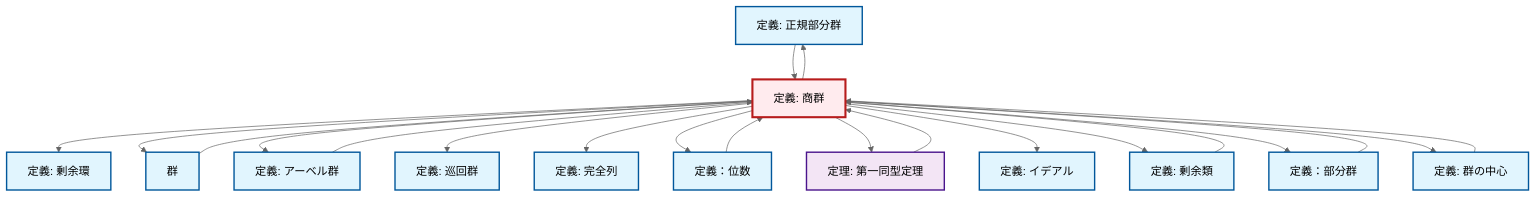
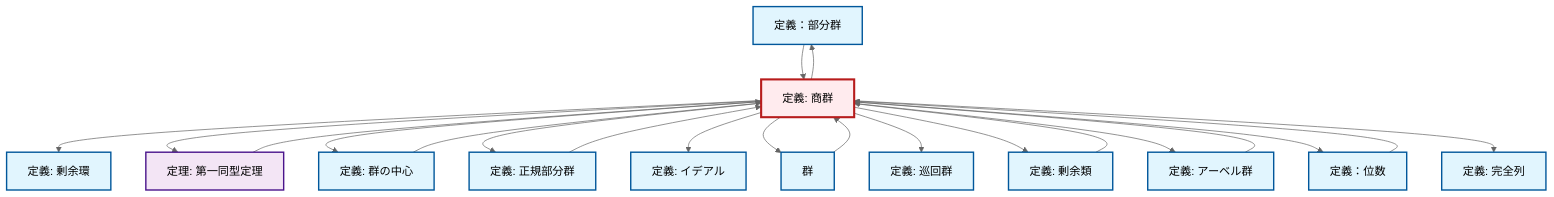
Before and after one commit to RK0429/ModernMath: the diagram in content/ja/algebra/def-quotient-group.qmd, drawn with Mermaid (neutral theme). The commit also changed other lines of this file and 1012 other files, not shown here.

````diff
--- a/content/ja/algebra/def-quotient-group.qmd
+++ b/content/ja/algebra/def-quotient-group.qmd
@@ -148,55 +148,55 @@
 ```{mermaid}
 %%| fig-cap: "Local dependency graph"
 graph TD
     classDef definition fill:#e1f5fe,stroke:#01579b,stroke-width:2px
     classDef theorem fill:#f3e5f5,stroke:#4a148c,stroke-width:2px
     classDef axiom fill:#fff3e0,stroke:#e65100,stroke-width:2px
     classDef example fill:#e8f5e9,stroke:#1b5e20,stroke-width:2px
     classDef current fill:#ffebee,stroke:#b71c1c,stroke-width:3px
+    def-exact-sequence["定義: 完全列"]:::definition
+    def-subgroup["定義：部分群"]:::definition
     def-ideal["定義: イデアル"]:::definition
     def-cyclic-group["定義: 巡回群"]:::definition
+    def-order["定義：位数"]:::definition
+    def-abelian-group["定義: アーベル群"]:::definition
     def-normal-subgroup["定義: 正規部分群"]:::definition
-    def-quotient-ring["定義: 剰余環"]:::definition
-    def-exact-sequence["定義: 完全列"]:::definition
-    def-order["定義：位数"]:::definition
-    def-subgroup["定義：部分群"]:::definition
-    thm-first-isomorphism["定理: 第一同型定理"]:::theorem
-    def-quotient-group["定義: 商群"]:::definition
-    def-abelian-group["定義: アーベル群"]:::definition
     def-center-of-group["定義: 群の中心"]:::definition
     def-coset["定義: 剰余類"]:::definition
+    def-quotient-ring["定義: 剰余環"]:::definition
+    def-quotient-group["定義: 商群"]:::definition
+    thm-first-isomorphism["定理: 第一同型定理"]:::theorem
     def-group["群"]:::definition
+    def-order --> def-quotient-group
     def-quotient-group --> def-quotient-ring
+    def-quotient-group --> def-subgroup
+    def-quotient-group --> thm-first-isomorphism
+    def-quotient-group --> def-center-of-group
+    def-quotient-group --> def-normal-subgroup
+    def-quotient-group --> def-ideal
+    def-quotient-group --> def-group
+    def-coset --> def-quotient-group
+    def-quotient-group --> def-cyclic-group
+    def-center-of-group --> def-quotient-group
+    def-abelian-group --> def-quotient-group
     def-subgroup --> def-quotient-group
+    def-quotient-group --> def-coset
+    def-quotient-group --> def-abelian-group
+    def-group --> def-quotient-group
+    thm-first-isomorphism --> def-quotient-group
+    def-quotient-group --> def-order
     def-normal-subgroup --> def-quotient-group
-    def-quotient-group --> def-group
-    thm-first-isomorphism --> def-quotient-group
-    def-quotient-group --> def-normal-subgroup
-    def-coset --> def-quotient-group
-    def-quotient-group --> def-abelian-group
-    def-quotient-group --> def-cyclic-group
     def-quotient-group --> def-exact-sequence
-    def-quotient-group --> def-order
-    def-quotient-group --> thm-first-isomorphism
-    def-quotient-group --> def-ideal
-    def-order --> def-quotient-group
-    def-group --> def-quotient-group
-    def-center-of-group --> def-quotient-group
-    def-quotient-group --> def-coset
-    def-quotient-group --> def-subgroup
-    def-abelian-group --> def-quotient-group
-    def-quotient-group --> def-center-of-group
     class def-quotient-group current
+    click def-exact-sequence "def-exact-sequence.html" "完全列の定義へ"
+    click def-subgroup "def-subgroup.html" "定義：部分群へ"
     click def-ideal "def-ideal.html" "イデアルの定義へ"
     click def-cyclic-group "def-cyclic-group.html" "巡回群の定義へ"
+    click def-order "def-order.html" "定義：位数へ"
+    click def-abelian-group "def-abelian-group.html" "アーベル群の定義へ"
     click def-normal-subgroup "def-normal-subgroup.html" "正規部分群の定義へ"
-    click def-quotient-ring "def-quotient-ring.html" "剰余環の定義へ"
-    click def-exact-sequence "def-exact-sequence.html" "完全列の定義へ"
-    click def-order "def-order.html" "定義：位数へ"
-    click def-subgroup "def-subgroup.html" "定義：部分群へ"
-    click thm-first-isomorphism "thm-first-isomorphism.html" "第一同型定理の定理へ"
-    click def-abelian-group "def-abelian-group.html" "アーベル群の定義へ"
     click def-center-of-group "def-center-of-group.html" "群の中心の定義へ"
     click def-coset "def-coset.html" "剰余類の定義へ"
+    click def-quotient-ring "def-quotient-ring.html" "剰余環の定義へ"
+    click thm-first-isomorphism "thm-first-isomorphism.html" "第一同型定理の定理へ"
     click def-group "def-group.html" "群へ"
 ```
````
